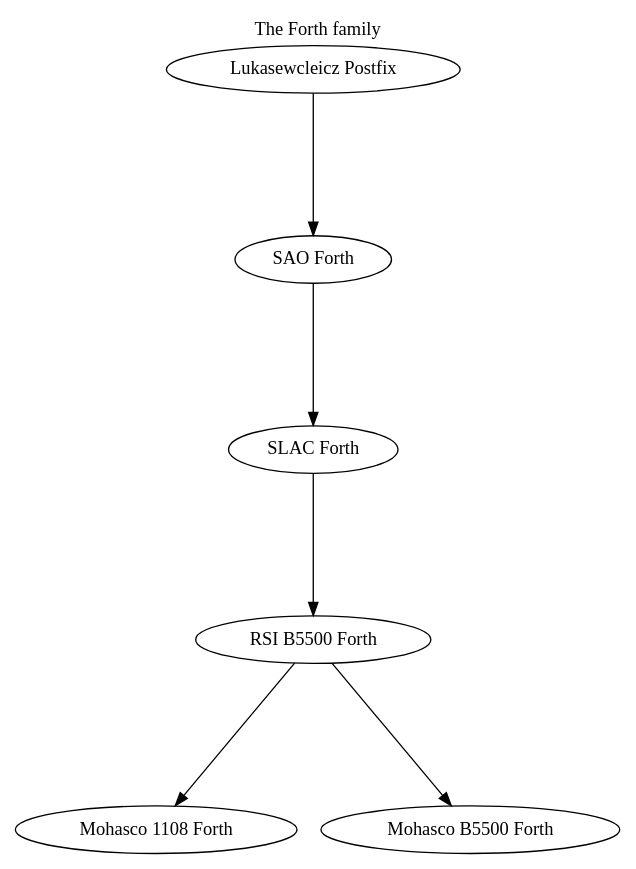
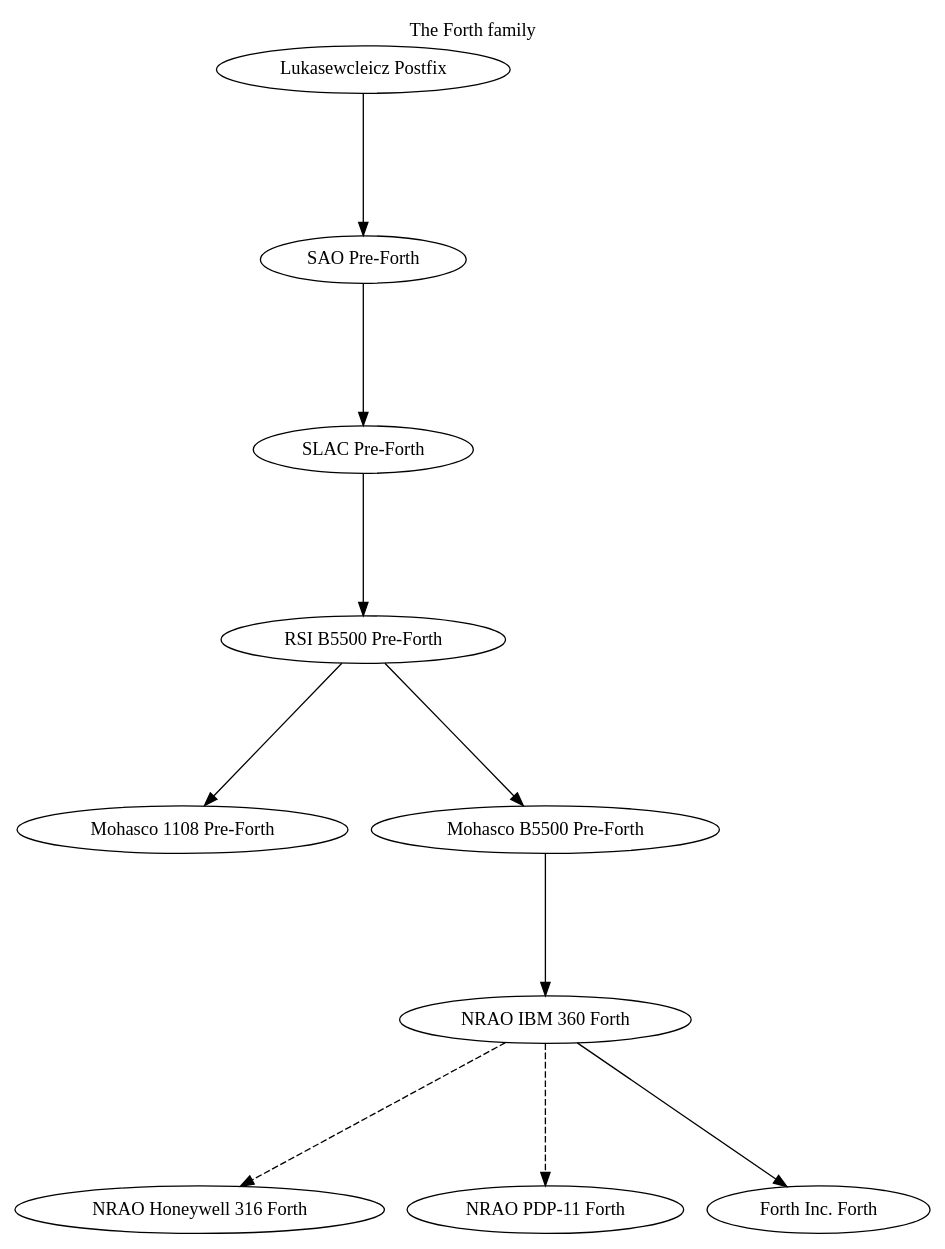
One commit to fogus/lang-genealogy changed the diagram in forth.gv. Above: the diagram before and after it, drawn with Graphviz. The commit also changed 1 other file, not shown here.

Commit message:
Teasing out the difference between Forth and Pre-Forth

```diff
--- a/forth.gv
+++ b/forth.gv
@@ -1,28 +1,31 @@
 # -*- graphviz-dot -*-
 digraph FP
 {
 	graph[ranksep=1.5,
 	      ratio="expand",
 	      concentrate=false,
 	      rank=new,
 	      constraint=true,
 	      label="The Forth family",
 	      labelloc=t,
 	      splines=true];
 
 	// Entry and exit nodes from/into other languages are doublecircle formatted.
 	// Dotted lines represent minor changes from one to another (e.g. renaming).
 	// Dashed lines represent an implementation language relationship.
 	// Note shapes mean that the language was described in a paper and didn't have a released implementation.
 	// Component shapes mean that one is a subsystem of the other
 	// Any changes should render on http://www.webgraphviz.com
 	// A great lang reference at http://hopl.info/home.prx
 	// Another at http://www.forth.org
 
-	"Lukasewcleicz Postfix" -> "SAO Forth";
-	"SAO Forth" -> "SLAC Forth";
-	"SLAC Forth" -> "RSI B5500 Forth";
-	"RSI B5500 Forth" -> "Mohasco 1108 Forth";
-	"RSI B5500 Forth" -> "Mohasco B5500 Forth";
-	
+	"Lukasewcleicz Postfix" -> "SAO Pre-Forth";
+	"SAO Pre-Forth" -> "SLAC Pre-Forth";
+	"SLAC Pre-Forth" -> "RSI B5500 Pre-Forth";
+	"RSI B5500 Pre-Forth" -> "Mohasco 1108 Pre-Forth";
+	"RSI B5500 Pre-Forth" -> "Mohasco B5500 Pre-Forth";
+	"Mohasco B5500 Pre-Forth" -> "NRAO IBM 360 Forth";
+	"NRAO IBM 360 Forth" -> "NRAO Honeywell 316 Forth" [style=dashed];
+	"NRAO IBM 360 Forth" -> "NRAO PDP-11 Forth" [style=dashed];
+	"NRAO IBM 360 Forth" -> "Forth Inc. Forth";
 }
```
